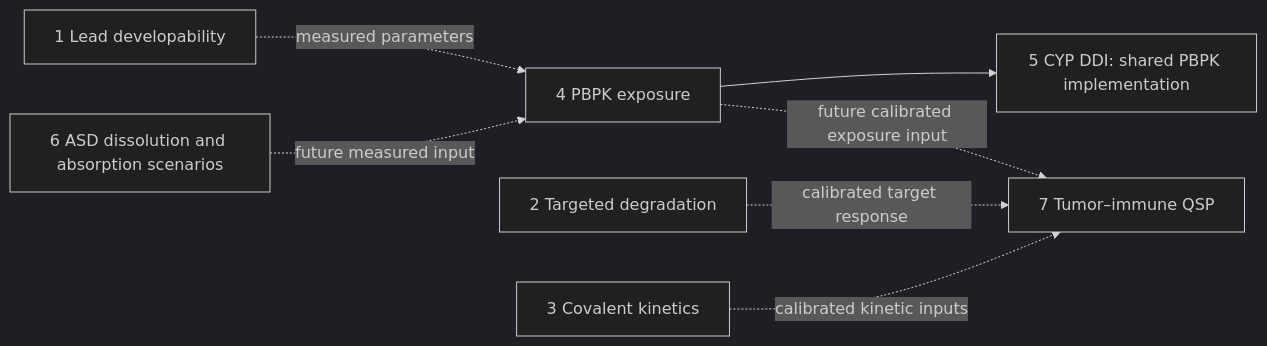
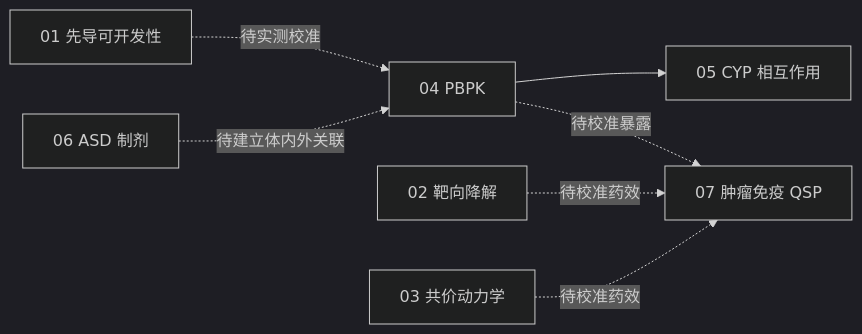
Before and after one commit to songsiyi2006-chem/ai4pharm-lead-developability-suite: the diagram in README.md, drawn with Mermaid (dark theme). The commit also changed other lines of this file and 228 other files, not shown here.

````diff
--- a/README.md
+++ b/README.md
@@ -30,9 +52,9 @@
 ```mermaid
 flowchart LR
-    A[1 Lead developability] -. measured parameters .-> D[4 PBPK exposure]
-    B[2 Targeted degradation] -. calibrated target response .-> G[7 Tumor–immune QSP]
-    C[3 Covalent kinetics] -. calibrated kinetic inputs .-> G
-    D --> E[5 CYP DDI: shared PBPK implementation]
-    F[6 ASD dissolution and absorption scenarios] -. future measured input .-> D
-    D -. future calibrated exposure input .-> G
+    A[01 先导可开发性] -. 待实测校准 .-> D[04 PBPK]
+    B[02 靶向降解] -. 待校准药效 .-> G[07 肿瘤免疫 QSP]
+    C[03 共价动力学] -. 待校准药效 .-> G
+    F[06 ASD 制剂] -. 待建立体内外关联 .-> D
+    D --> E[05 CYP 相互作用]
+    D -. 待校准暴露 .-> G
 ```
````
